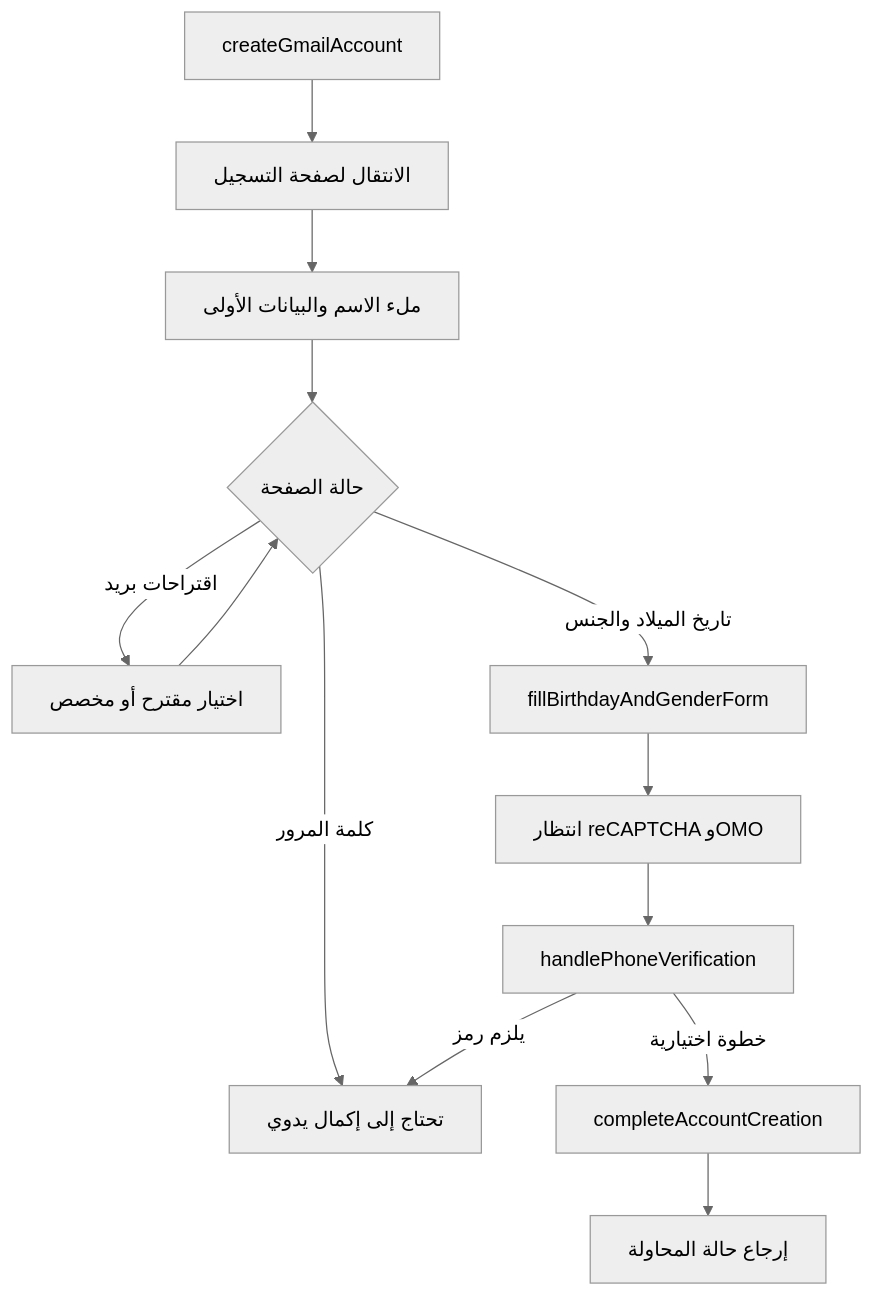
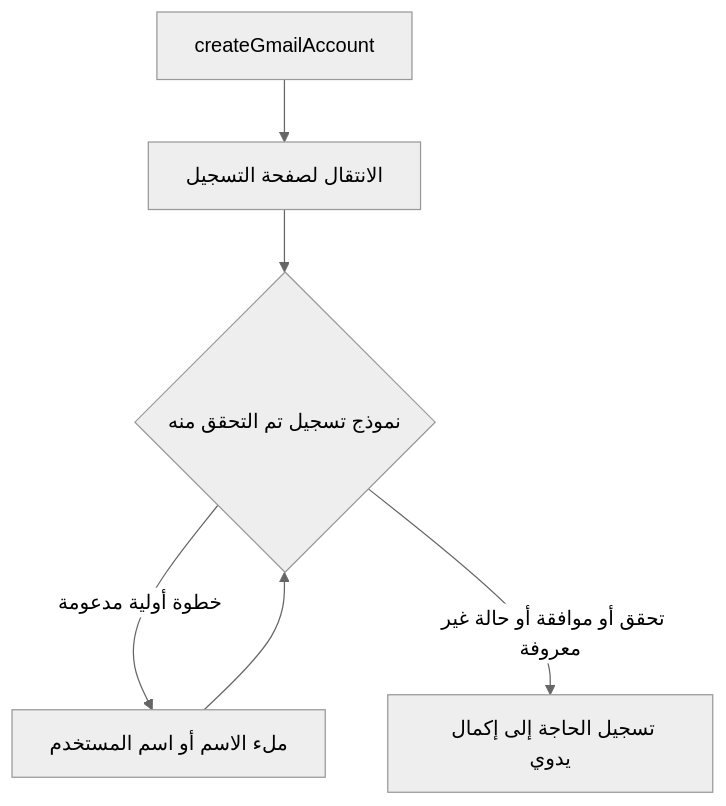
One commit to lihah111222333-cloud/camoufox-profile-suite changed the third of 3 diagrams in README_AR.md. Above: the diagram before and after it, drawn with Mermaid (neutral theme). The commit also changed other lines of this file and 87 other files, not shown here.

````diff
--- a/README_AR.md
+++ b/README_AR.md
@@ -274,15 +268,8 @@
 ```mermaid
 flowchart TD
   A[createGmailAccount] --> B[الانتقال لصفحة التسجيل]
-  B --> C[ملء الاسم والبيانات الأولى]
-  C --> D{حالة الصفحة}
-  D -->|اقتراحات بريد| E[اختيار مقترح أو مخصص]
-  D -->|كلمة المرور| F[تحتاج إلى إكمال يدوي]
-  D -->|تاريخ الميلاد والجنس| G[fillBirthdayAndGenderForm]
-  E --> D
-  G --> H[انتظار reCAPTCHA وOMO]
-  H --> I[handlePhoneVerification]
-  I -->|خطوة اختيارية| J[completeAccountCreation]
-  I -->|يلزم رمز| F
-  J --> K[إرجاع حالة المحاولة]
+  B --> C{نموذج تسجيل تم التحقق منه}
+  C -->|خطوة أولية مدعومة| D[ملء الاسم أو اسم المستخدم]
+  D --> C
+  C -->|تحقق أو موافقة أو حالة غير معروفة| E[تسجيل الحاجة إلى إكمال يدوي]
 ```
````
